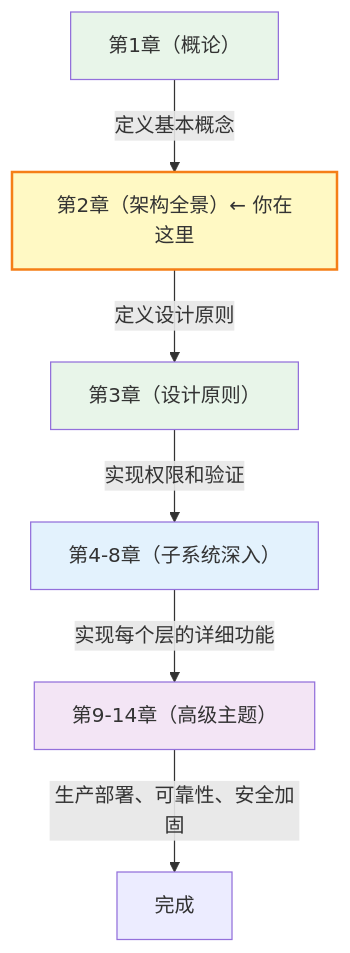
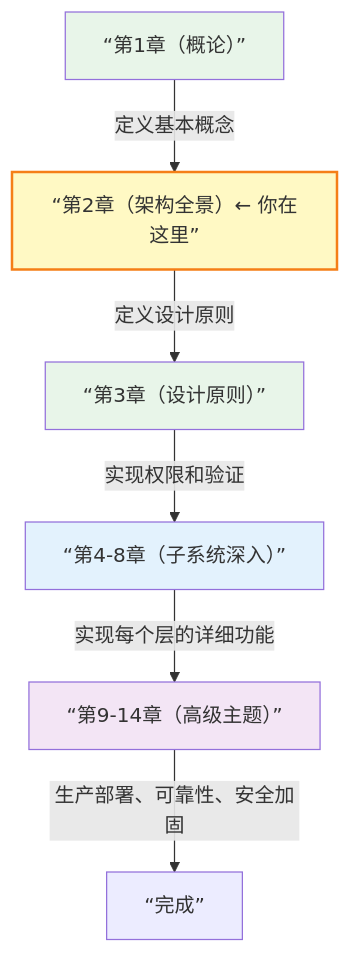
One commit to yeasy/harness_engineering_guide changed the third of 3 diagrams in 02_architecture/summary.md. Above: the diagram before and after it, drawn with Mermaid. The commit also changed other lines of this file and 24 other files, not shown here.

````diff
--- a/02_architecture/summary.md
+++ b/02_architecture/summary.md
@@ -181,14 +183,14 @@
 ```mermaid
 flowchart TD
-    A["第1章（概论）"] -->|定义基本概念| B["第2章（架构全景）← 你在这里"]
-    B -->|定义设计原则| C["第3章（设计原则）"]
-    C -->|实现权限和验证| D["第4-8章（子系统深入）"]
-    D -->|实现每个层的详细功能| E["第9-14章（高级主题）"]
-    E -->|生产部署、可靠性、安全加固| F["完成"]
+    A[“第1章（概论）”] -->|定义基本概念| B[“第2章（架构全景）← 你在这里”]
+    B -->|定义设计原则| C[“第3章（设计原则）”]
+    C -->|实现权限和验证| D[“第4-8章（子系统深入）”]
+    D -->|实现每个层的详细功能| E[“第9-14章（高级主题）”]
+    E -->|生产部署、可靠性、安全加固| F[“完成”]
 
     style A fill:#e8f5e9
     style B fill:#fff9c4,stroke:#f57f17,stroke-width:2px
     style C fill:#e8f5e9
     style D fill:#e3f2fd
     style E fill:#f3e5f5
 ```
````
